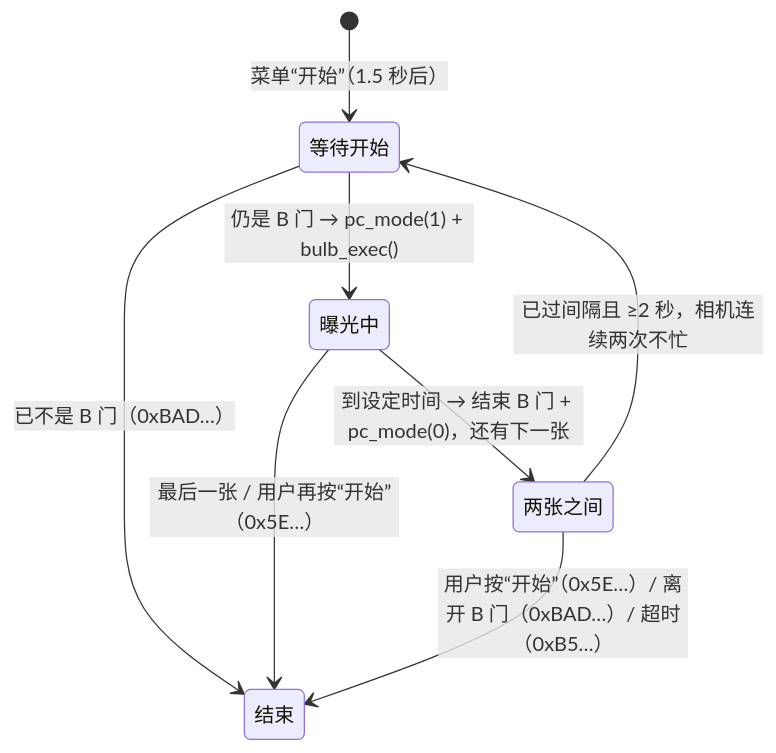
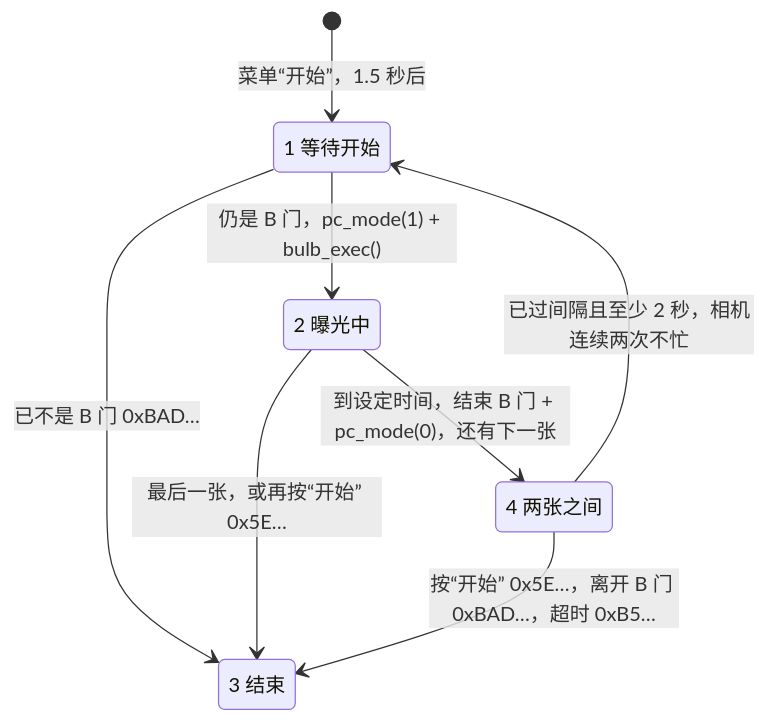
The diagram in docs/TIMED_BULB.md (WonderLantern/wonder-lantern-z5), drawn with Mermaid before and after one commit.

Commit message:
docs(TIMED_BULB): mermaid state ids

````diff
--- a/docs/TIMED_BULB.md
+++ b/docs/TIMED_BULB.md
@@ -92,10 +92,14 @@
 ```mermaid
 stateDiagram-v2
-    [*] --> 等待开始: 菜单“开始”（1.5 秒后）
-    等待开始 --> 曝光中: 仍是 B 门 → pc_mode(1) + bulb_exec()
-    等待开始 --> 结束: 已不是 B 门（0xBAD…）
-    曝光中 --> 两张之间: 到设定时间 → 结束 B 门 + pc_mode(0)，还有下一张
-    曝光中 --> 结束: 最后一张 / 用户再按“开始”（0x5E…）
-    两张之间 --> 等待开始: 已过间隔且 ≥2 秒，相机连续两次不忙
-    两张之间 --> 结束: 用户按“开始”（0x5E…）/ 离开 B 门（0xBAD…）/ 超时（0xB5…）
+    state "1 等待开始" as armed
+    state "2 曝光中" as open
+    state "4 两张之间" as gap
+    state "3 结束" as done
+    [*] --> armed: 菜单“开始”，1.5 秒后
+    armed --> open: 仍是 B 门，pc_mode(1) + bulb_exec()
+    armed --> done: 已不是 B 门 0xBAD…
+    open --> gap: 到设定时间，结束 B 门 + pc_mode(0)，还有下一张
+    open --> done: 最后一张，或再按“开始” 0x5E…
+    gap --> armed: 已过间隔且至少 2 秒，相机连续两次不忙
+    gap --> done: 按“开始” 0x5E…，离开 B 门 0xBAD…，超时 0xB5…
 ```
````
